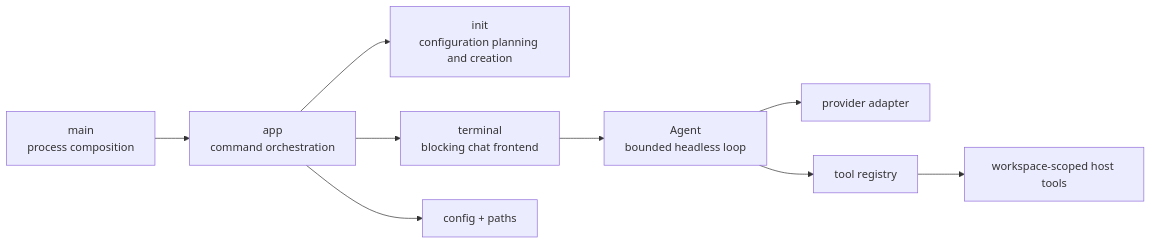
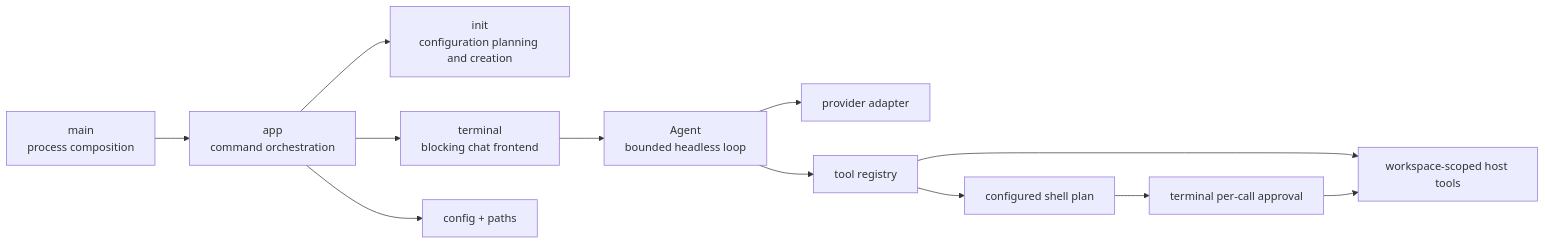
Before and after one commit to labcoder/xana: the diagram in docs/architecture/README.md, drawn with Mermaid. The commit also changed other lines of this file and 19 other files, not shown here.

Commit message:
feat(tools): add configurable shell execution

````diff
--- a/docs/architecture/README.md
+++ b/docs/architecture/README.md
@@ -17,11 +17,14 @@
 ```mermaid
 flowchart LR
     MAIN["main<br/>process composition"] --> APP["app<br/>command orchestration"]
     APP --> INIT["init<br/>configuration planning and creation"]
     APP --> TERMINAL["terminal<br/>blocking chat frontend"]
     APP --> CONFIG["config + paths"]
     TERMINAL --> AGENT["Agent<br/>bounded headless loop"]
     AGENT --> PROVIDER["provider adapter"]
     AGENT --> TOOLS["tool registry"]
     TOOLS --> HOST["workspace-scoped host tools"]
+    TOOLS --> SHELL["configured shell plan"]
+    SHELL --> APPROVAL["terminal per-call approval"]
+    APPROVAL --> HOST
 ```
````
